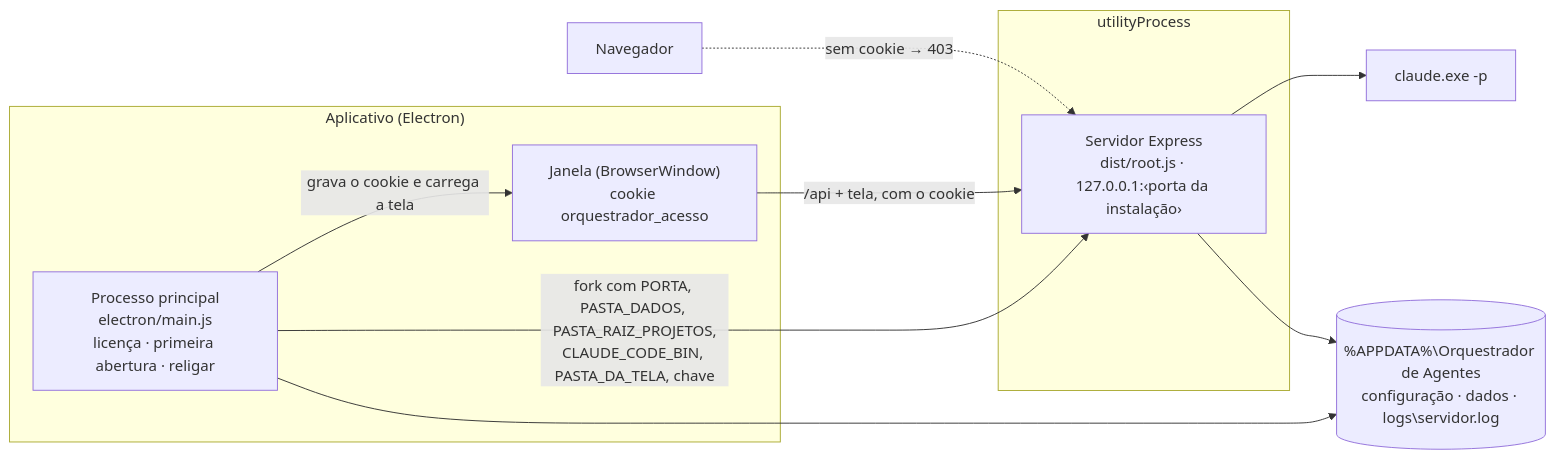
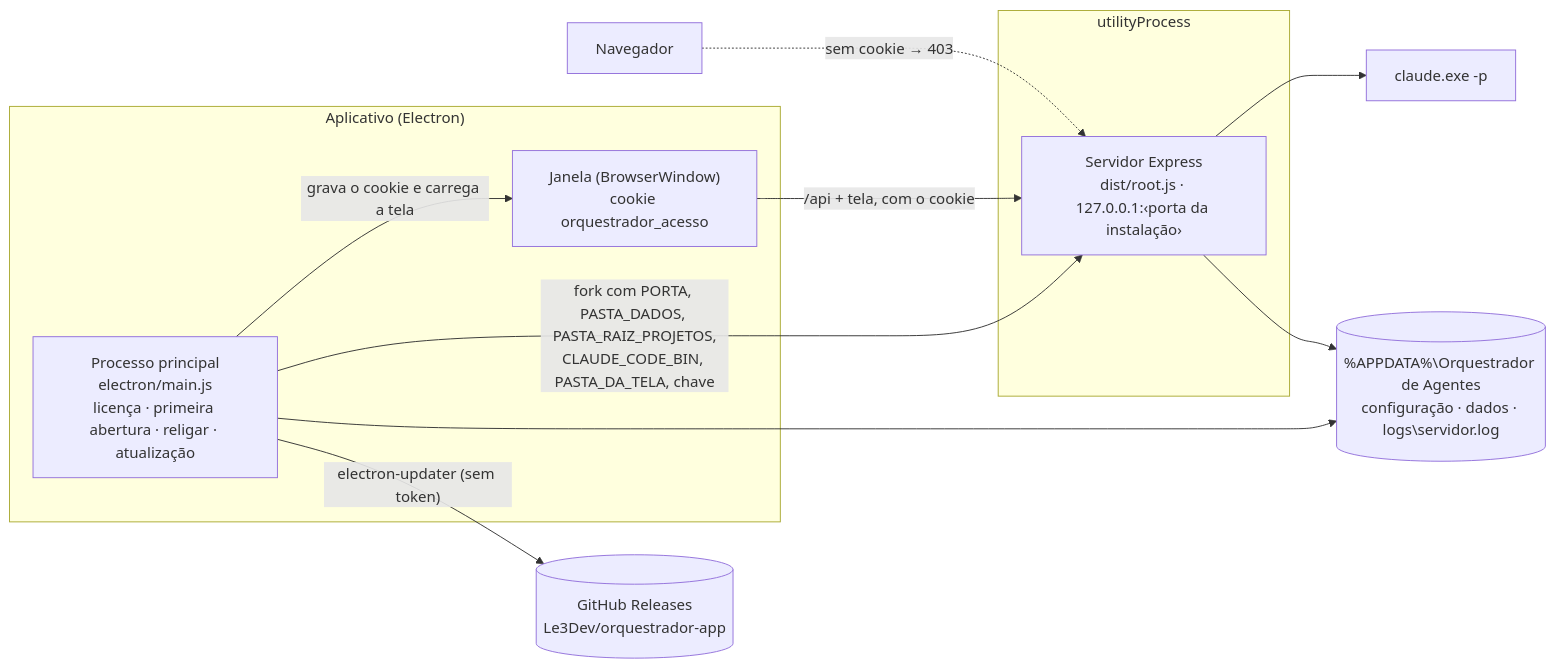
One commit to Le3Dev/orquestrador-app changed the first of 4 diagrams in README.md. Above: the diagram before and after it, drawn with Mermaid. The commit also changed other lines of this file and 23 other files, not shown here.

First line of the commit message:
feat: atualização automática do app instalado e licença desligada na fase de testes

````diff
--- a/README.md
+++ b/README.md
@@ -279,21 +319,23 @@
 ```mermaid
 flowchart LR
   subgraph App["Aplicativo (Electron)"]
-    MAIN["Processo principal<br/>electron/main.js<br/>licença · primeira abertura · religar"]
+    MAIN["Processo principal<br/>electron/main.js<br/>licença · primeira abertura · religar · atualização"]
     J["Janela (BrowserWindow)<br/>cookie orquestrador_acesso"]
   end
   subgraph UP["utilityProcess"]
     SRV["Servidor Express<br/>dist/root.js · 127.0.0.1:‹porta da instalação›"]
   end
   CC2["claude.exe -p"]
   NAV["Navegador"]
   CFG[("%APPDATA%\Orquestrador de Agentes<br/>configuração · dados · logs\servidor.log")]
+  GH[("GitHub Releases<br/>Le3Dev/orquestrador-app")]
 
   MAIN -- "fork com PORTA, PASTA_DADOS, PASTA_RAIZ_PROJETOS,<br/>CLAUDE_CODE_BIN, PASTA_DA_TELA, chave" --> SRV
   MAIN -- "grava o cookie e carrega a tela" --> J
   MAIN --> CFG
+  MAIN -- "electron-updater (sem token)" --> GH
   J -- "/api + tela, com o cookie" --> SRV
   SRV --> CC2
   SRV --> CFG
   NAV -. "sem cookie → 403" .-> SRV
 ```
````
